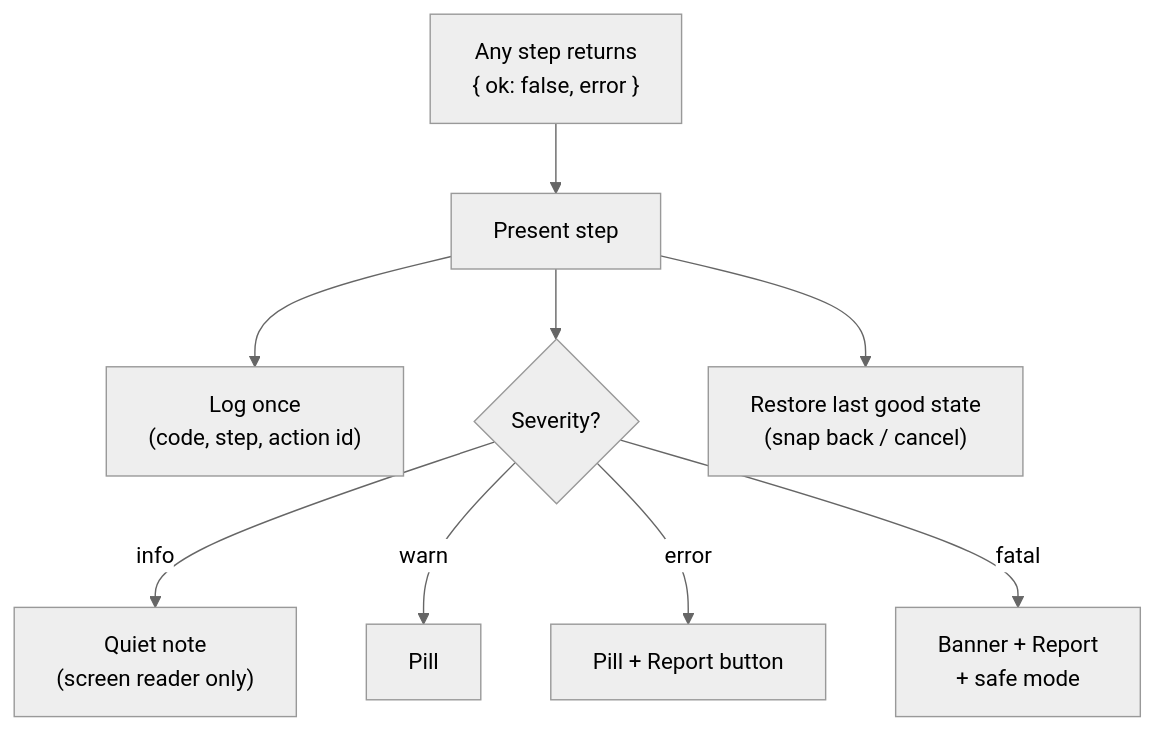
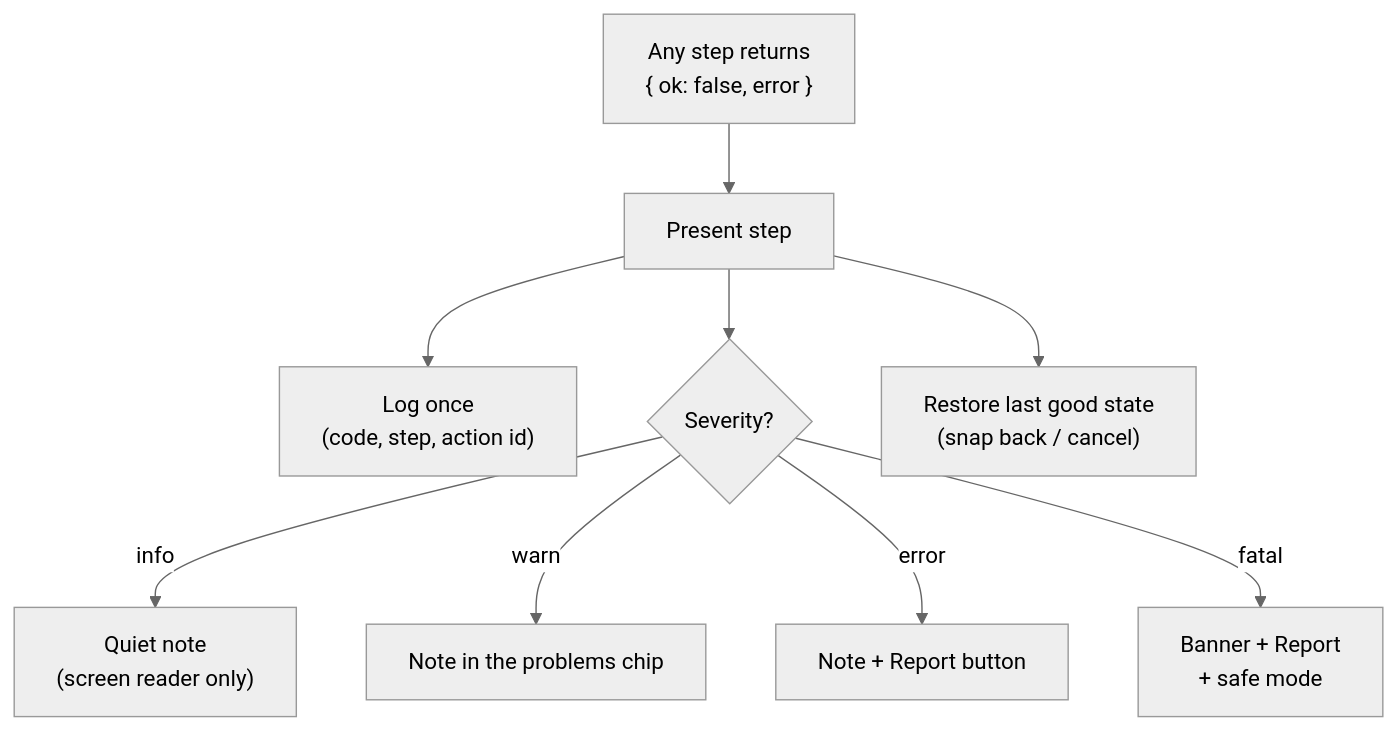
The diagram in docs/logging/errors.md (UmushiUmushi/Glade), drawn with Mermaid (neutral theme) before and after one commit. The commit also changed other lines of this file and 19 other files, not shown here.

````diff
--- a/docs/logging/errors.md
+++ b/docs/logging/errors.md
@@ -51,11 +51,11 @@
 ```mermaid
 flowchart TB
     S["Any step returns<br/>{ ok: false, error }"] --> P["Present step"]
     P --> L["Log once<br/>(code, step, action id)"]
     P --> Sev{"Severity?"}
     Sev -- info --> Note["Quiet note<br/>(screen reader only)"]
-    Sev -- warn --> Pill["Pill"]
-    Sev -- error --> PillR["Pill + Report button"]
+    Sev -- warn --> Pill["Note in the problems chip"]
+    Sev -- error --> PillR["Note + Report button"]
     Sev -- fatal --> Ban["Banner + Report<br/>+ safe mode"]
     P --> Undo["Restore last good state<br/>(snap back / cancel)"]
 ```
````
